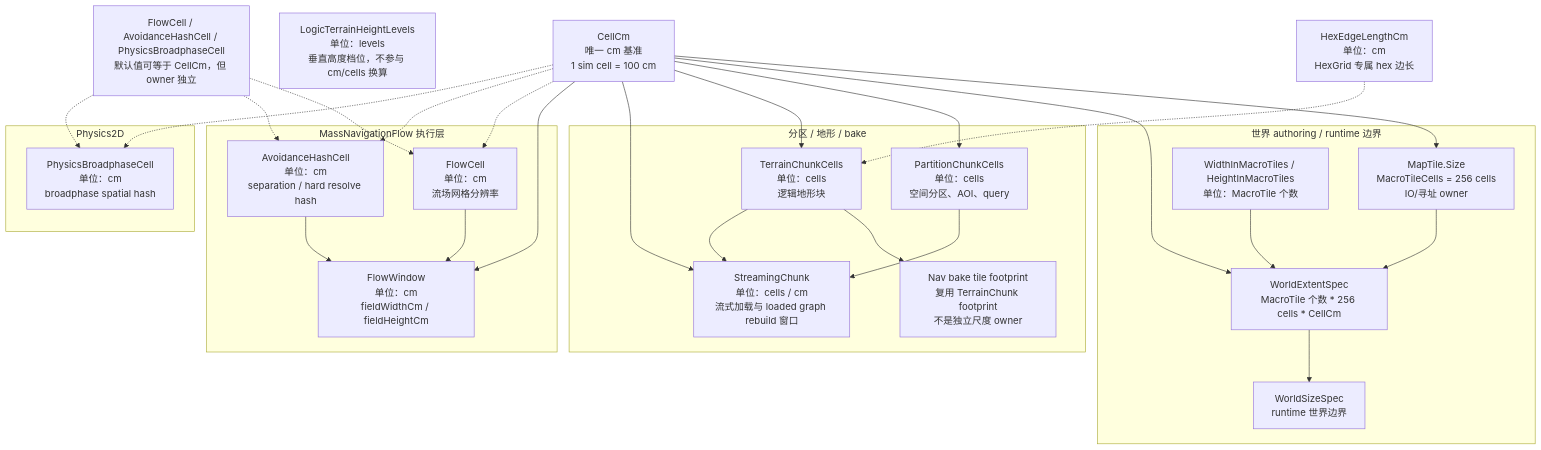
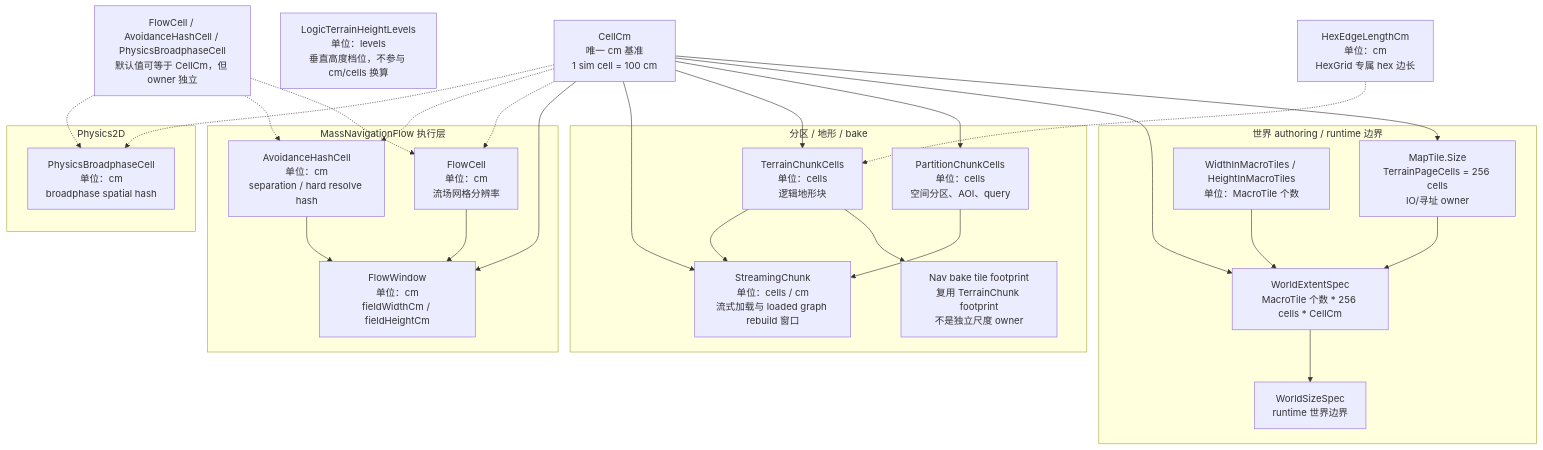
The diagram in gitbook/reference/spatial-scale-configuration.md (MightyBubble/Ludots), drawn with Mermaid before and after one commit. The commit also changed other lines of this file and 23 other files, not shown here.

````diff
--- a/gitbook/reference/spatial-scale-configuration.md
+++ b/gitbook/reference/spatial-scale-configuration.md
@@ -9,57 +9,57 @@
 ```mermaid
 flowchart TD
     CellCm["CellCm<br/>唯一 cm 基准<br/>1 sim cell = 100 cm"]
 
     subgraph Authoring["世界 authoring / runtime 边界"]
-        MacroOwner["MapTile.Size<br/>MacroTileCells = 256 cells<br/>IO/寻址 owner"]
+        MacroOwner["MapTile.Size<br/>TerrainPageCells = 256 cells<br/>IO/寻址 owner"]
         MacroCount["WidthInMacroTiles / HeightInMacroTiles<br/>单位：MacroTile 个数"]
         WorldExtent["WorldExtentSpec<br/>MacroTile 个数 * 256 cells * CellCm"]
         WorldSize["WorldSizeSpec<br/>runtime 世界边界"]
     end
 
     subgraph PartitionTerrain["分区 / 地形 / bake"]
         Partition["PartitionChunkCells<br/>单位：cells<br/>空间分区、AOI、query"]
         Terrain["TerrainChunkCells<br/>单位：cells<br/>逻辑地形块"]
         NavFootprint["Nav bake tile footprint<br/>复用 TerrainChunk footprint<br/>不是独立尺度 owner"]
         Streaming["StreamingChunk<br/>单位：cells / cm<br/>流式加载与 loaded graph rebuild 窗口"]
     end
 
     subgraph MassNavigationFlow["MassNavigationFlow 执行层"]
         FlowWindow["FlowWindow<br/>单位：cm<br/>fieldWidthCm / fieldHeightCm"]
         FlowCell["FlowCell<br/>单位：cm<br/>流场网格分辨率"]
         AvoidHash["AvoidanceHashCell<br/>单位：cm<br/>separation / hard resolve hash"]
     end
 
     subgraph Physics["Physics2D"]
         Broadphase["PhysicsBroadphaseCell<br/>单位：cm<br/>broadphase spatial hash"]
     end
 
     HeightLevels["LogicTerrainHeightLevels<br/>单位：levels<br/>垂直高度档位，不参与 cm/cells 换算"]
     IndependentOwner["FlowCell / AvoidanceHashCell / PhysicsBroadphaseCell<br/>默认值可等于 CellCm，但 owner 独立"]
 
     CellCm --> MacroOwner
     HexEdge["HexEdgeLengthCm<br/>单位：cm<br/>HexGrid 专属 hex 边长"]
     MacroOwner --> WorldExtent
     MacroCount --> WorldExtent
     CellCm --> WorldExtent
     WorldExtent --> WorldSize
 
     CellCm --> Partition
     CellCm --> Terrain
     Terrain --> NavFootprint
     Partition --> Streaming
     Terrain --> Streaming
     CellCm --> Streaming
     HexEdge -.-> Terrain
 
     CellCm --> FlowWindow
     FlowCell --> FlowWindow
     AvoidHash --> FlowWindow
     CellCm -.-> FlowCell
     CellCm -.-> AvoidHash
 
     CellCm -.-> Broadphase
     IndependentOwner -.-> FlowCell
     IndependentOwner -.-> AvoidHash
     IndependentOwner -.-> Broadphase
 ```
````
